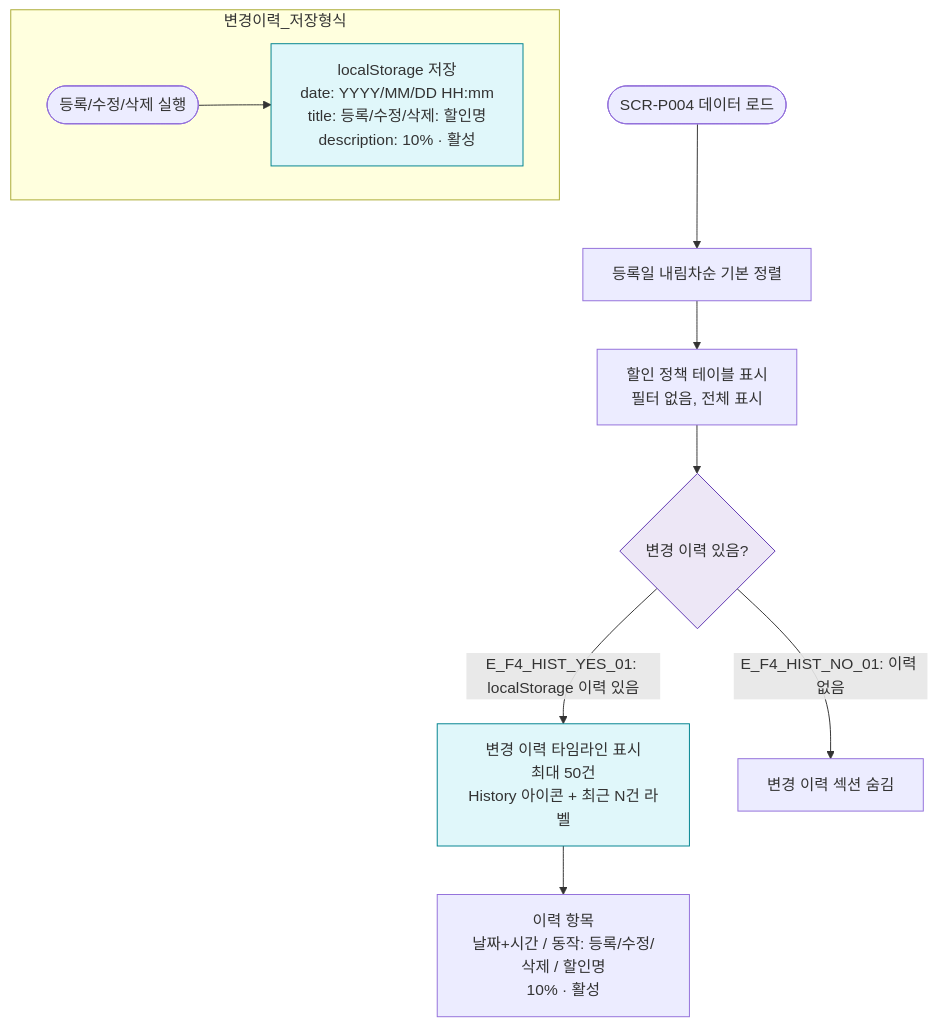
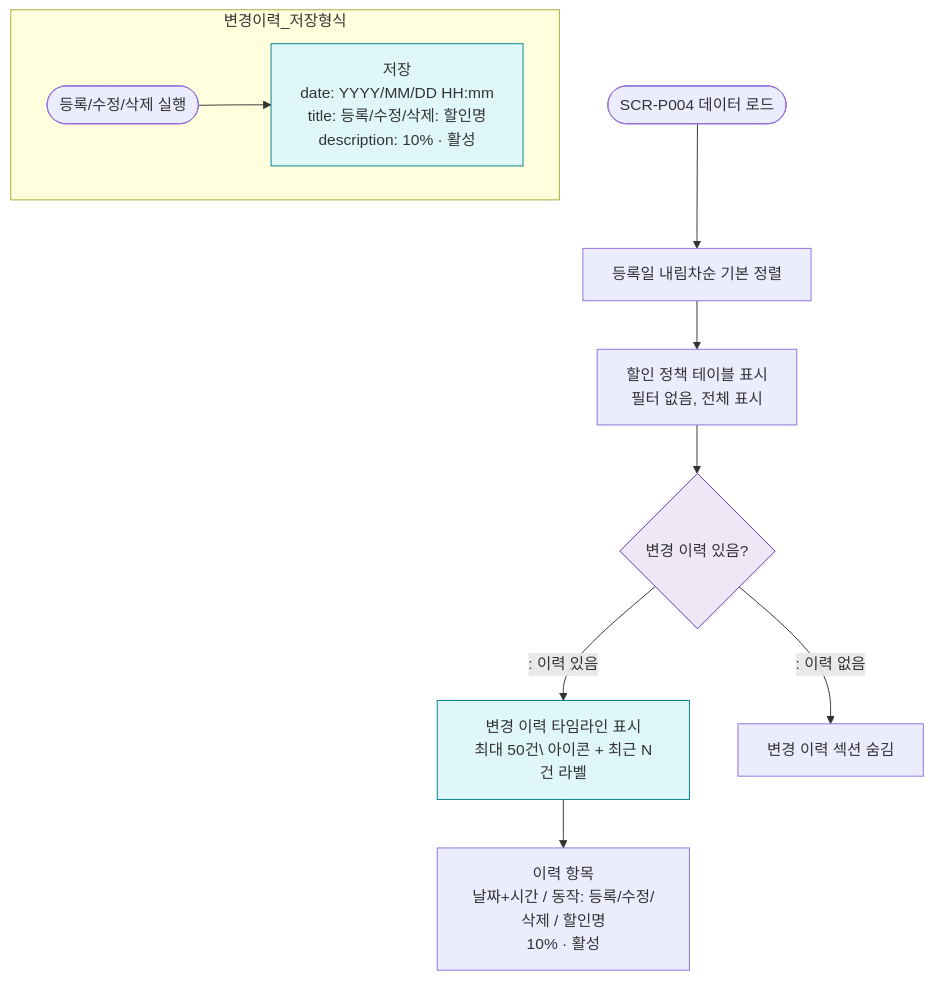
The diagram in docs/다이어그램/D05_상품관리/SCR-P004_할인설정/F4_필터검색정렬.md (dev-spogym/admin-pando), drawn with Mermaid before and after one commit. The commit also changed other lines of this file and 1660 other files, not shown here.

First line of the commit message:
다이어그램: 기획자/클라이언트 납품본으로 정리

````diff
--- a/docs/다이어그램/D05_상품관리/SCR-P004_할인설정/F4_필터검색정렬.md
+++ b/docs/다이어그램/D05_상품관리/SCR-P004_할인설정/F4_필터검색정렬.md
@@ -19,20 +17,20 @@
 ```mermaid
 flowchart TD
     START([SCR-P004 데이터 로드]) --> Sort[등록일 내림차순 기본 정렬]
     Sort --> Table[할인 정책 테이블 표시\n필터 없음, 전체 표시]
 
     Table --> HistoryCheck{변경 이력 있음?}
-    HistoryCheck -->|"E_F4_HIST_YES_01: localStorage 이력 있음"| Timeline[변경 이력 타임라인 표시\n최대 50건\nHistory 아이콘 + 최근 N건 라벨]
-    HistoryCheck -->|"E_F4_HIST_NO_01: 이력 없음"| NoTimeline[변경 이력 섹션 숨김]
+    HistoryCheck -->|": 이력 있음"|Timeline[변경 이력 타임라인 표시\n최대 50건\ 아이콘 + 최근 N건 라벨]
+    HistoryCheck -->|": 이력 없음"|NoTimeline[변경 이력 섹션 숨김]
 
     Timeline --> HistItem[이력 항목\n날짜+시간 / 동작: 등록/수정/삭제 / 할인명\n10% · 활성]
 
     subgraph 변경이력_저장형식
-        SAVE_ACTION([등록/수정/삭제 실행]) --> LocalSave[localStorage 저장\ndate: YYYY/MM/DD HH:mm\ntitle: 등록/수정/삭제: 할인명\ndescription: 10% · 활성]
+        SAVE_ACTION([등록/수정/삭제 실행]) --> LocalSave[저장\ndate: YYYY/MM/DD HH:mm\ntitle: 등록/수정/삭제: 할인명\ndescription: 10% · 활성]
     end
 
     classDef system fill:#EDE7F6,stroke:#5E35B2
     classDef info fill:#E0F7FA,stroke:#00838F
     class HistoryCheck system
     class Timeline,LocalSave info
 ```
````
